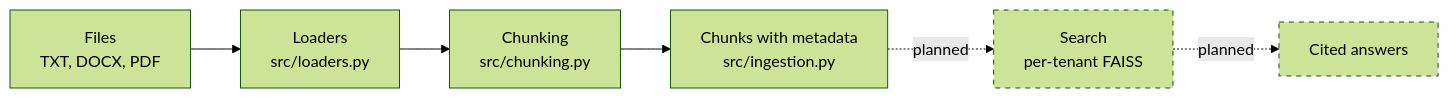
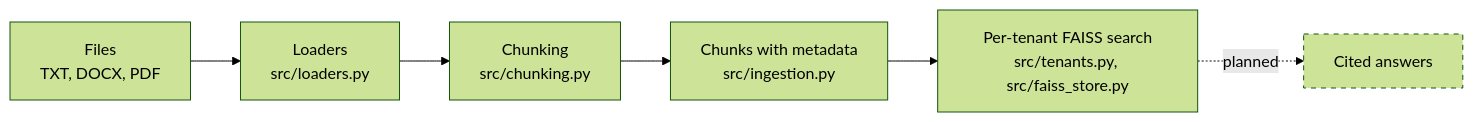
The diagram in README.md (Laiba-Qayyum/policylens), drawn with Mermaid (forest theme) before and after one commit. The commit also changed other lines of this file, not shown here.

````diff
--- a/README.md
+++ b/README.md
@@ -45,10 +41,10 @@
 ```mermaid
 flowchart LR
     A["Files<br/>TXT, DOCX, PDF"] --> B["Loaders<br/>src/loaders.py"]
     B --> C["Chunking<br/>src/chunking.py"]
     C --> D["Chunks with metadata<br/>src/ingestion.py"]
-    D -.->|planned| E["Search<br/>per-tenant FAISS"]
+    D --> E["Per-tenant FAISS search<br/>src/tenants.py, src/faiss_store.py"]
     E -.->|planned| F["Cited answers"]
     classDef planned stroke-dasharray: 5 5
-    class E,F planned
+    class F planned
 ```
````
